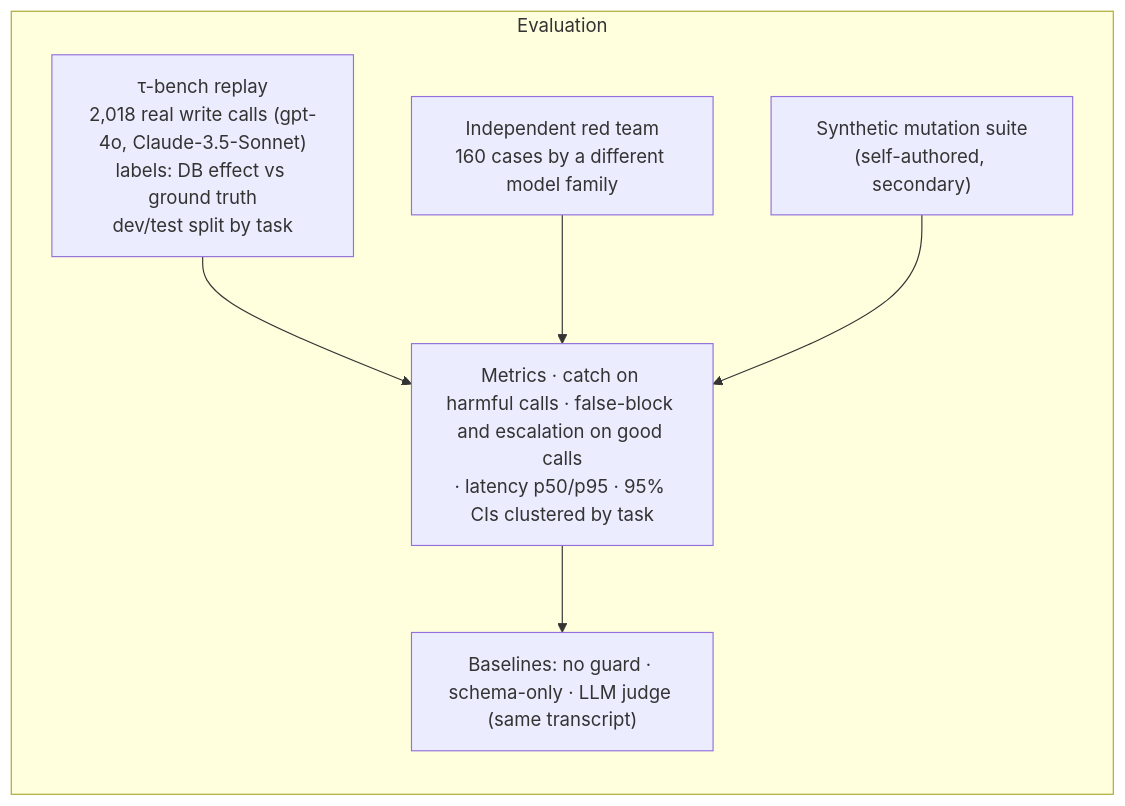
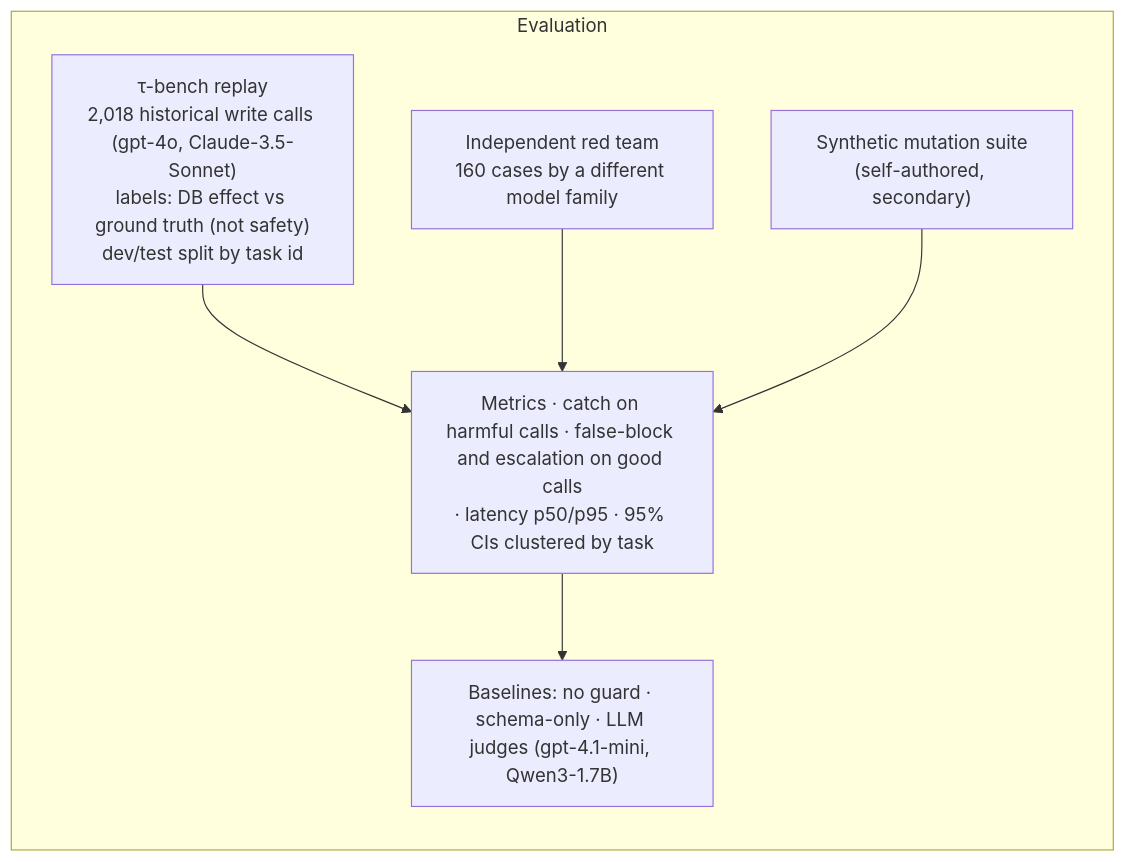
One commit to imdigitalashish/techfest-2026 changed the second of 2 diagrams in perceptron-p09-agent-guardrail/deliverables/architecture.md. Above: the diagram before and after it, drawn with Mermaid. The commit also changed other lines of this file and 5 other files, not shown here.

Commit message:
perceptron-p09-agent-guardrail: provenance (code_sha256), metrics recompute from stored rows, paired catch-difference CIs; README test history + CI scope + label caveats; diagram wording (astra review B/C/D, Supervisor)

````diff
--- a/perceptron-p09-agent-guardrail/deliverables/architecture.md
+++ b/perceptron-p09-agent-guardrail/deliverables/architecture.md
@@ -31,10 +31,10 @@
 ```mermaid
 flowchart LR
   subgraph eval [Evaluation]
-    tb["τ-bench replay<br/>2,018 real write calls (gpt-4o, Claude-3.5-Sonnet)<br/>labels: DB effect vs ground truth<br/>dev/test split by task"] --> m
+    tb["τ-bench replay<br/>2,018 historical write calls (gpt-4o, Claude-3.5-Sonnet)<br/>labels: DB effect vs ground truth (not safety)<br/>dev/test split by task id"] --> m
     rt["Independent red team<br/>160 cases by a different model family"] --> m
     sy["Synthetic mutation suite<br/>(self-authored, secondary)"] --> m
     m["Metrics · catch on harmful calls · false-block and escalation on good calls<br/>· latency p50/p95 · 95% CIs clustered by task"]
-    m --> base["Baselines: no guard · schema-only · LLM judge (same transcript)"]
+    m --> base["Baselines: no guard · schema-only · LLM judges (gpt-4.1-mini, Qwen3-1.7B)"]
   end
 ```
````
